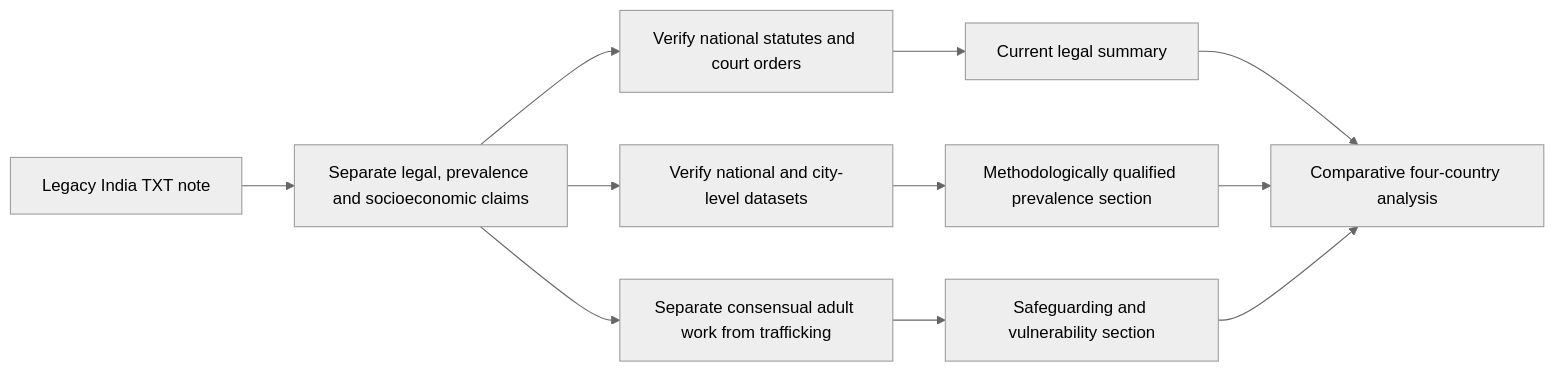
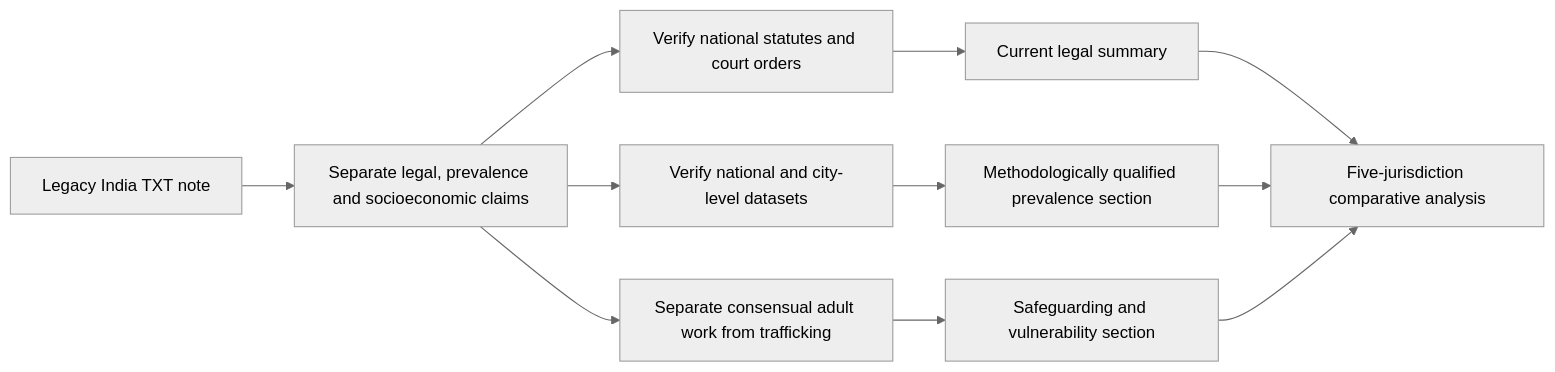
One commit to robotics-intelligent-systems/jfxai4mad changed the diagram in docs/india-sex-work-legal-socioeconomic-case-analysis.md. Above: the diagram before and after it, drawn with Mermaid (neutral theme). The commit also changed other lines of this file, not shown here.

Commit message:
docs: extend comparative framework with Israel

````diff
--- a/docs/india-sex-work-legal-socioeconomic-case-analysis.md
+++ b/docs/india-sex-work-legal-socioeconomic-case-analysis.md
@@ -125,13 +128,13 @@
 ```mermaid
 flowchart LR
     A[Legacy India TXT note] --> B[Separate legal, prevalence and socioeconomic claims]
     B --> C[Verify national statutes and court orders]
     B --> D[Verify national and city-level datasets]
     B --> E[Separate consensual adult work from trafficking]
     C --> F[Current legal summary]
     D --> G[Methodologically qualified prevalence section]
     E --> H[Safeguarding and vulnerability section]
-    F --> I[Comparative four-country analysis]
+    F --> I[Five-jurisdiction comparative analysis]
     G --> I
     H --> I
 ```
````
